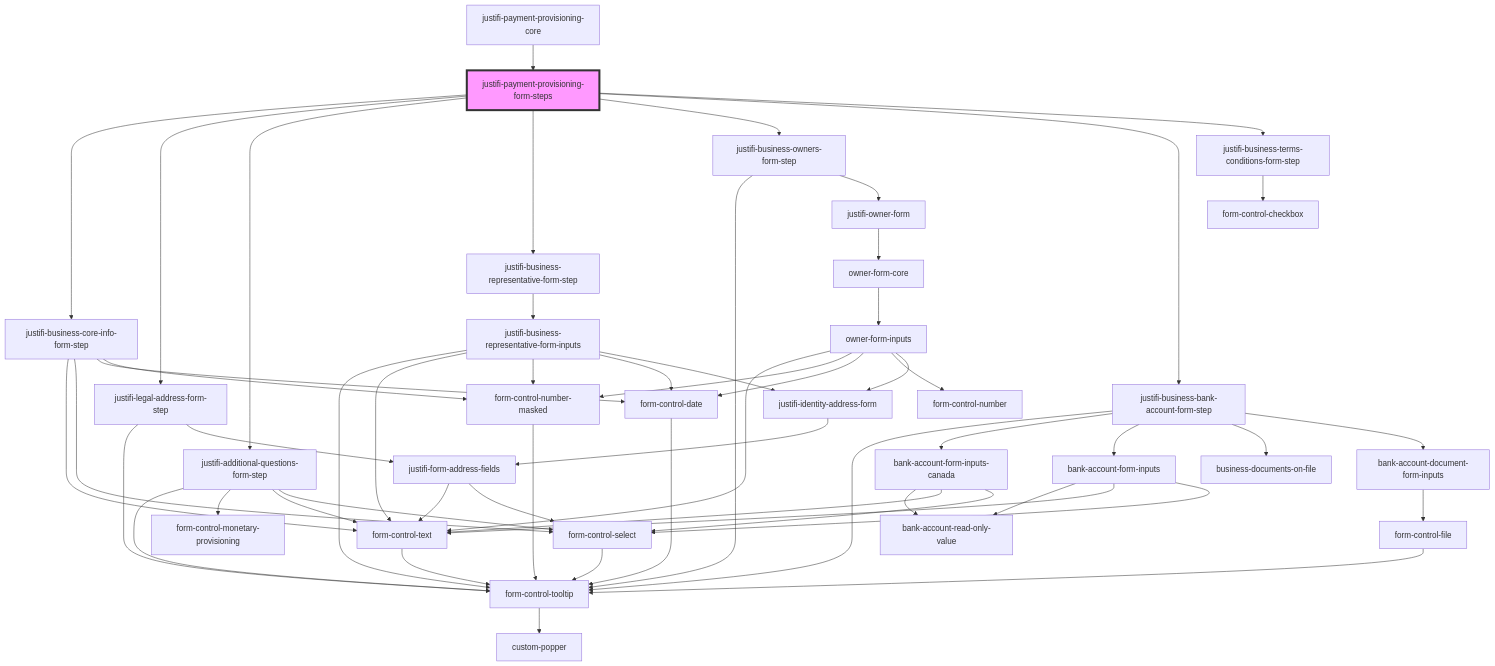
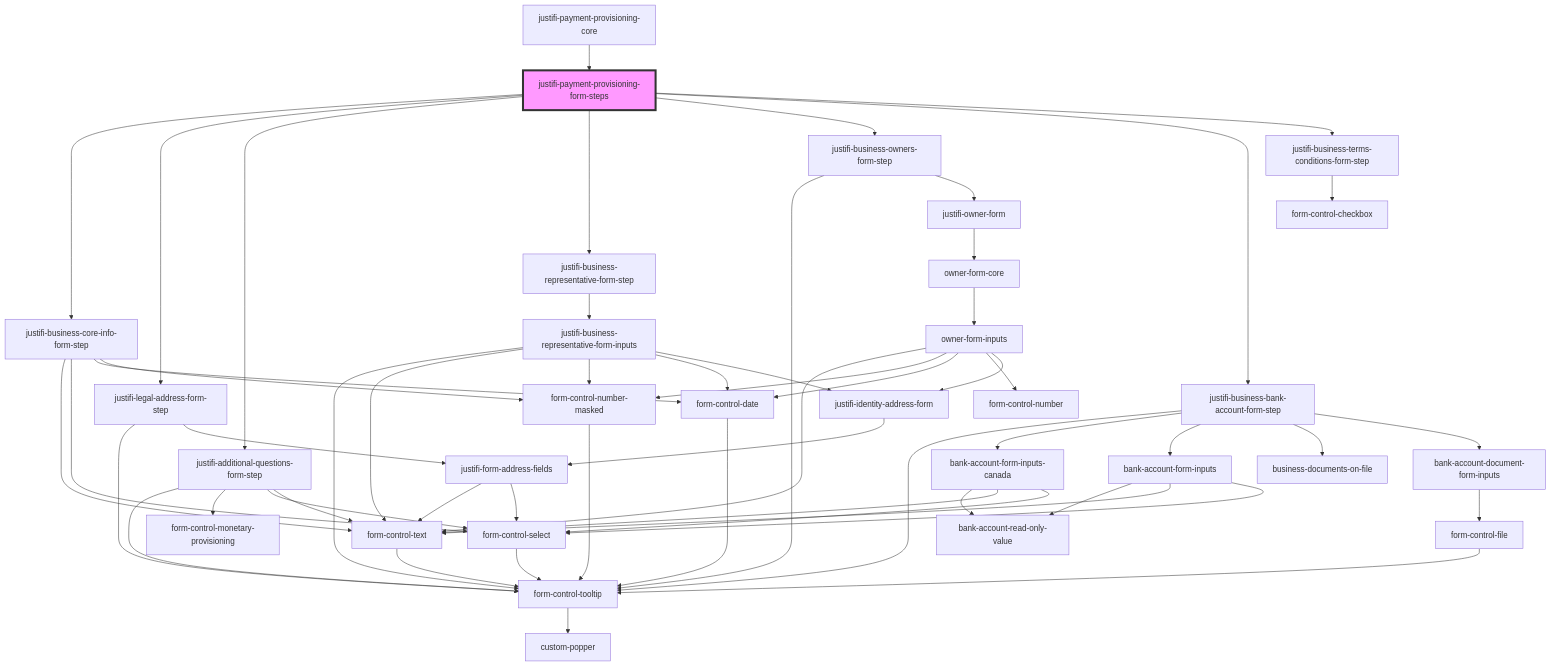
Before and after one commit to justifi-tech/web-component-library: the diagram in packages/webcomponents/src/components/business-forms/payment-provisioning/readme.md, drawn with Mermaid. The commit also changed other lines of this file and 2 other files, not shown here.

````diff
--- a/packages/webcomponents/src/components/business-forms/payment-provisioning/readme.md
+++ b/packages/webcomponents/src/components/business-forms/payment-provisioning/readme.md
@@ -36,59 +36,59 @@
 ```mermaid
 graph TD;
   justifi-payment-provisioning-form-steps --> justifi-business-core-info-form-step
   justifi-payment-provisioning-form-steps --> justifi-legal-address-form-step
   justifi-payment-provisioning-form-steps --> justifi-additional-questions-form-step
   justifi-payment-provisioning-form-steps --> justifi-business-representative-form-step
   justifi-payment-provisioning-form-steps --> justifi-business-owners-form-step
   justifi-payment-provisioning-form-steps --> justifi-business-bank-account-form-step
   justifi-payment-provisioning-form-steps --> justifi-business-terms-conditions-form-step
   justifi-business-core-info-form-step --> form-control-text
   justifi-business-core-info-form-step --> form-control-select
   justifi-business-core-info-form-step --> form-control-date
   justifi-business-core-info-form-step --> form-control-number-masked
   form-control-text --> form-control-tooltip
   form-control-tooltip --> custom-popper
   form-control-select --> form-control-tooltip
   form-control-date --> form-control-tooltip
   form-control-number-masked --> form-control-tooltip
   justifi-legal-address-form-step --> form-control-tooltip
   justifi-legal-address-form-step --> justifi-form-address-fields
   justifi-form-address-fields --> form-control-text
   justifi-form-address-fields --> form-control-select
   justifi-additional-questions-form-step --> form-control-tooltip
   justifi-additional-questions-form-step --> form-control-monetary-provisioning
+  justifi-additional-questions-form-step --> form-control-select
   justifi-additional-questions-form-step --> form-control-text
-  justifi-additional-questions-form-step --> form-control-select
   justifi-business-representative-form-step --> justifi-business-representative-form-inputs
   justifi-business-representative-form-inputs --> form-control-tooltip
   justifi-business-representative-form-inputs --> form-control-text
   justifi-business-representative-form-inputs --> form-control-number-masked
   justifi-business-representative-form-inputs --> form-control-date
   justifi-business-representative-form-inputs --> justifi-identity-address-form
   justifi-identity-address-form --> justifi-form-address-fields
   justifi-business-owners-form-step --> form-control-tooltip
   justifi-business-owners-form-step --> justifi-owner-form
   justifi-owner-form --> owner-form-core
   owner-form-core --> owner-form-inputs
   owner-form-inputs --> form-control-text
   owner-form-inputs --> form-control-number-masked
   owner-form-inputs --> form-control-date
   owner-form-inputs --> form-control-number
   owner-form-inputs --> justifi-identity-address-form
   justifi-business-bank-account-form-step --> form-control-tooltip
   justifi-business-bank-account-form-step --> bank-account-form-inputs-canada
   justifi-business-bank-account-form-step --> bank-account-form-inputs
   justifi-business-bank-account-form-step --> business-documents-on-file
   justifi-business-bank-account-form-step --> bank-account-document-form-inputs
   bank-account-form-inputs-canada --> bank-account-read-only-value
   bank-account-form-inputs-canada --> form-control-text
   bank-account-form-inputs-canada --> form-control-select
   bank-account-form-inputs --> bank-account-read-only-value
   bank-account-form-inputs --> form-control-text
   bank-account-form-inputs --> form-control-select
   bank-account-document-form-inputs --> form-control-file
   form-control-file --> form-control-tooltip
   justifi-business-terms-conditions-form-step --> form-control-checkbox
   justifi-payment-provisioning-core --> justifi-payment-provisioning-form-steps
   style justifi-payment-provisioning-form-steps fill:#f9f,stroke:#333,stroke-width:4px
 ```
````
